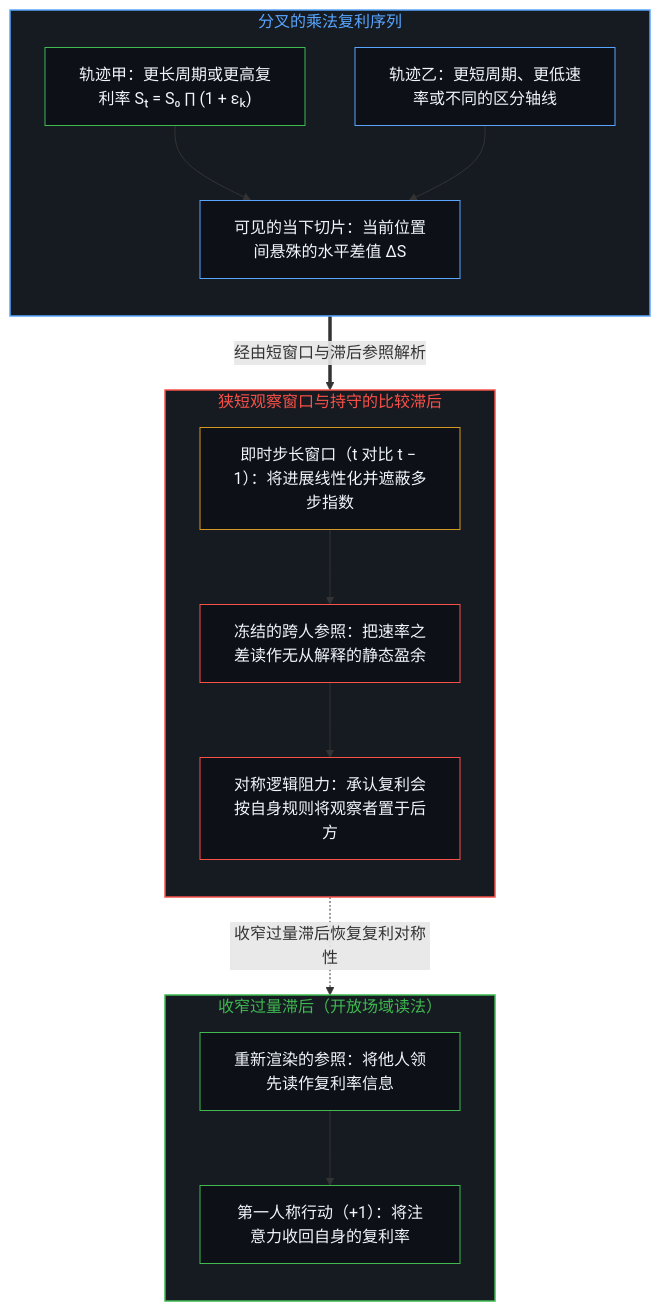
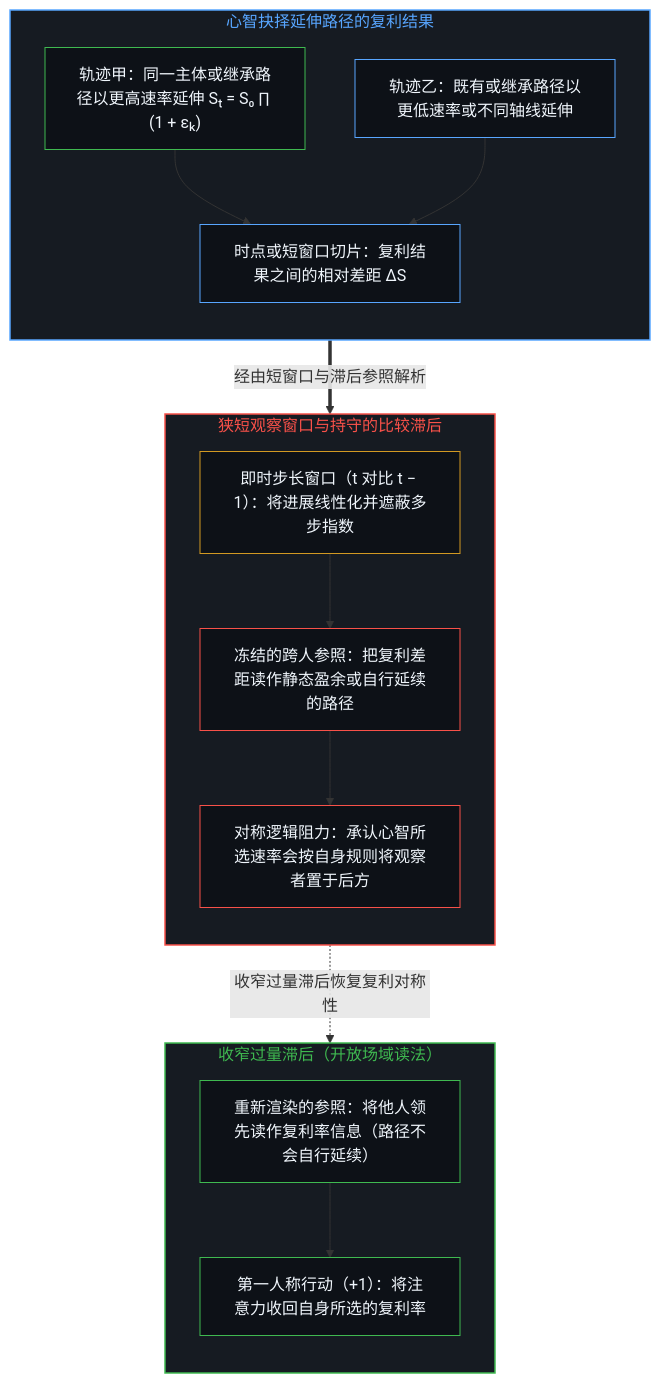
One commit to powerpig99/not-a-toe changed the first of 4 diagrams in content/posts/relative-differentials-and-the-compounding-of-comparison.md. Above: the diagram before and after it, drawn with Mermaid. The commit also changed other lines of this file and 3 other files, not shown here.

````diff
--- a/content/posts/relative-differentials-and-the-compounding-of-comparison.md
+++ b/content/posts/relative-differentials-and-the-compounding-of-comparison.md
@@ -27,37 +27,37 @@
 ```mermaid
 flowchart TD
-    subgraph S_Comp["分叉的乘法复利序列"]
+    subgraph S_Comp["心智抉择延伸路径的复利结果"]
         direction TB
-        C1["轨迹甲：更长周期或更高复利率 Sₜ = S₀ ∏ (1 + εₖ)"]
-        C2["轨迹乙：更短周期、更低速率或不同的区分轴线"]
-        C3["可见的当下切片：当前位置间悬殊的水平差值 ΔS"]
+        C1["轨迹甲：同一主体或继承路径以更高速率延伸 Sₜ = S₀ ∏ (1 + εₖ)"]
+        C2["轨迹乙：既有或继承路径以更低速率或不同轴线延伸"]
+        C3["时点或短窗口切片：复利结果之间的相对差距 ΔS"]
         C1 --> C3
         C2 --> C3
     end
     subgraph S_Lag["狭短观察窗口与持守的比较滞后"]
         direction TB
         L1["即时步长窗口（t 对比 t − 1）：将进展线性化并遮蔽多步指数"]
-        L2["冻结的跨人参照：把速率之差读作无从解释的静态盈余"]
-        L3["对称逻辑阻力：承认复利会按自身规则将观察者置于后方"]
+        L2["冻结的跨人参照：把复利差距读作静态盈余或自行延续的路径"]
+        L3["对称逻辑阻力：承认心智所选速率会按自身规则将观察者置于后方"]
         L1 --> L2 --> L3
     end
     subgraph S_Open["收窄过量滞后（开放场域读法）"]
         direction TB
-        O1["重新渲染的参照：将他人领先读作复利率信息"]
-        O2["第一人称行动（+1）：将注意力收回自身的复利率"]
+        O1["重新渲染的参照：将他人领先读作复利率信息（路径不会自行延续）"]
+        O2["第一人称行动（+1）：将注意力收回自身所选的复利率"]
         O1 --> O2
     end
     C3 ==>|"经由短窗口与滞后参照解析"| L1
     L3 -.->|"收窄过量滞后恢复复利对称性"| O1
     style S_Comp fill:#161b22,stroke:#58a6ff,stroke-width:1.5px,color:#58a6ff
     style S_Lag fill:#161b22,stroke:#f85149,stroke-width:1.5px,color:#f85149
     style S_Open fill:#161b22,stroke:#3fb950,stroke-width:1.5px,color:#3fb950
     style C1 fill:#0d1117,stroke:#3fb950,stroke-width:1px,color:#f0f6fc
     style C2 fill:#0d1117,stroke:#58a6ff,stroke-width:1px,color:#f0f6fc
     style C3 fill:#0d1117,stroke:#58a6ff,stroke-width:1px,color:#f0f6fc
     style L1 fill:#0d1117,stroke:#d29922,stroke-width:1px,color:#f0f6fc
     style L2 fill:#0d1117,stroke:#f85149,stroke-width:1px,color:#f0f6fc
     style L3 fill:#0d1117,stroke:#f85149,stroke-width:1px,color:#f0f6fc
     style O1 fill:#0d1117,stroke:#3fb950,stroke-width:1px,color:#f0f6fc
     style O2 fill:#0d1117,stroke:#3fb950,stroke-width:1px,color:#f0f6fc
 ```
````
